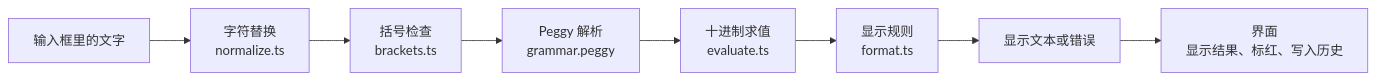
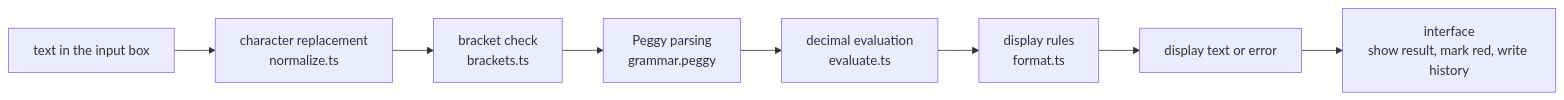
One commit to txehq/wf-dashboard changed the first of 2 diagrams in server/test/fixtures/vault/Project Magi Eval/Features/r-20261009-dqva52/Research.md. Above: the diagram before and after it, drawn with Mermaid. The commit also changed other lines of this file and 1498 other files, not shown here.

````diff
--- a/server/test/fixtures/vault/Project Magi Eval/Features/r-20261009-dqva52/Research.md
+++ b/server/test/fixtures/vault/Project Magi Eval/Features/r-20261009-dqva52/Research.md
@@ -241,10 +241,10 @@
 ```mermaid
 flowchart LR
-  input["输入框里的文字"] --> norm["字符替换<br/>normalize.ts"]
-  norm --> brackets["括号检查<br/>brackets.ts"]
-  brackets --> parse["Peggy 解析<br/>grammar.peggy"]
-  parse --> evalnode["十进制求值<br/>evaluate.ts"]
-  evalnode --> fmt["显示规则<br/>format.ts"]
-  fmt --> result["显示文本或错误"]
-  result --> ui["界面<br/>显示结果、标红、写入历史"]
+  input["text in the input box"] --> norm["character replacement<br/>normalize.ts"]
+  norm --> brackets["bracket check<br/>brackets.ts"]
+  brackets --> parse["Peggy parsing<br/>grammar.peggy"]
+  parse --> evalnode["decimal evaluation<br/>evaluate.ts"]
+  evalnode --> fmt["display rules<br/>format.ts"]
+  fmt --> result["display text or error"]
+  result --> ui["interface<br/>show result, mark red, write history"]
 ```
````
